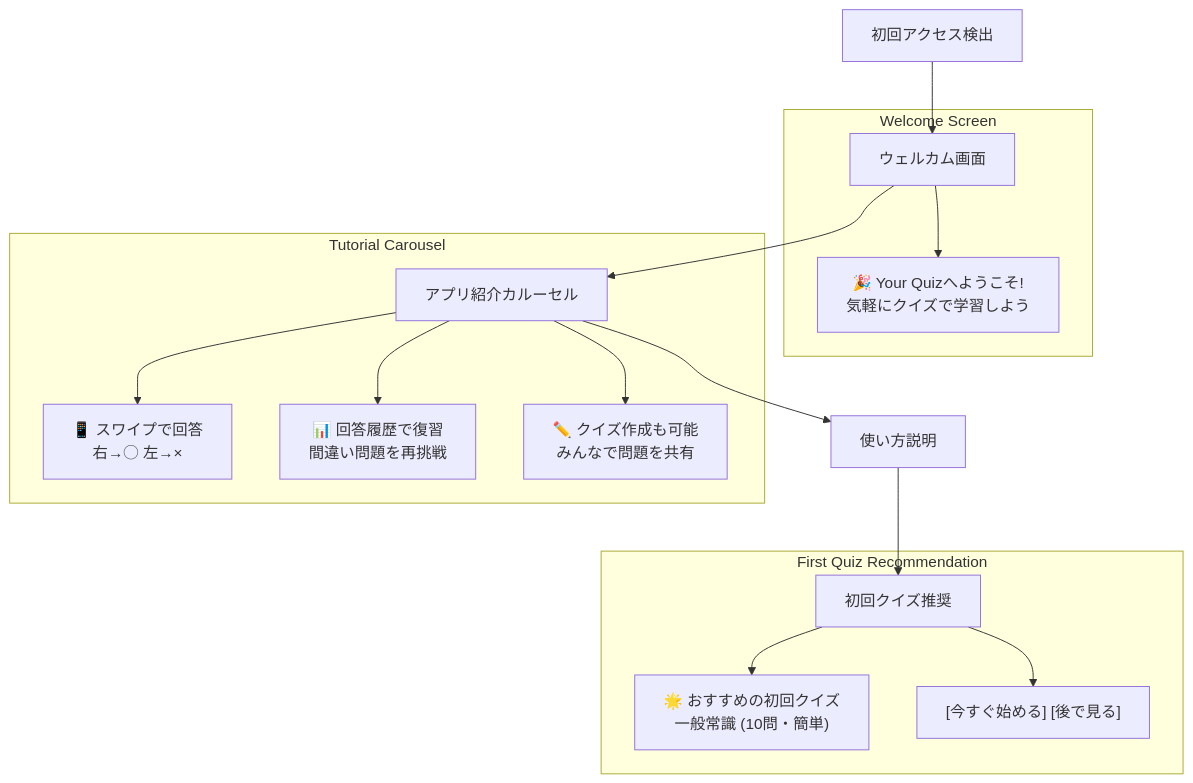
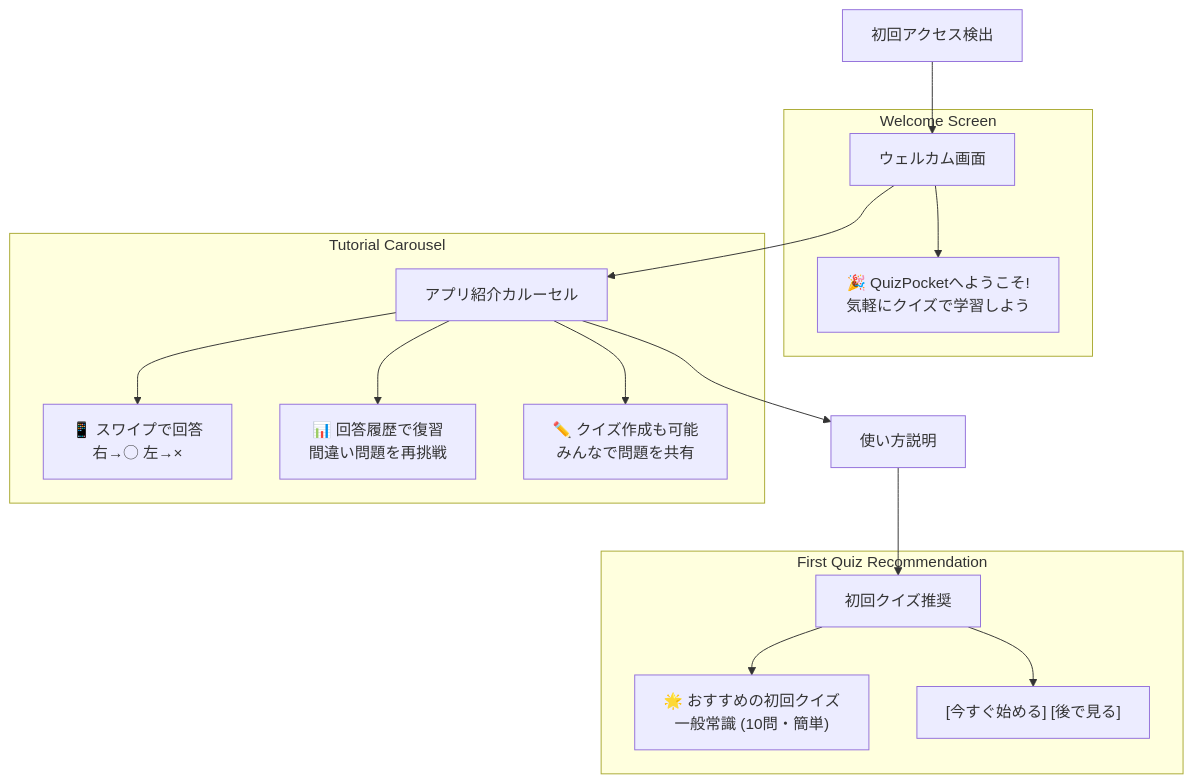
Before and after one commit to tanacchi/your-quiz: the third of 10 diagrams in docs/project/ui-design/3.01_wireframes/home-page.md, drawn with Mermaid. The commit also changed other lines of this file and 17 other files, not shown here.

````diff
--- a/docs/project/ui-design/3.01_wireframes/home-page.md
+++ b/docs/project/ui-design/3.01_wireframes/home-page.md
@@ -115,22 +115,22 @@
 ```mermaid
 graph TD
     A[初回アクセス検出] --> B[ウェルカム画面]
     B --> C[アプリ紹介カルーセル]
     C --> D[使い方説明]
     D --> E[初回クイズ推奨]
     
     subgraph "Welcome Screen"
-        B --> B1["🎉 Your Quizへようこそ!<br/>気軽にクイズで学習しよう"]
+        B --> B1["🎉 QuizPocketへようこそ!<br/>気軽にクイズで学習しよう"]
     end
     
     subgraph "Tutorial Carousel"
         C --> C1["📱 スワイプで回答<br/>右→◯ 左→×"]
         C --> C2["📊 回答履歴で復習<br/>間違い問題を再挑戦"]
         C --> C3["✏️ クイズ作成も可能<br/>みんなで問題を共有"]
     end
     
     subgraph "First Quiz Recommendation"
         E --> E1["🌟 おすすめの初回クイズ<br/>一般常識 (10問・簡単)"]
         E --> E2["[今すぐ始める] [後で見る]"]
     end
 ```
````
